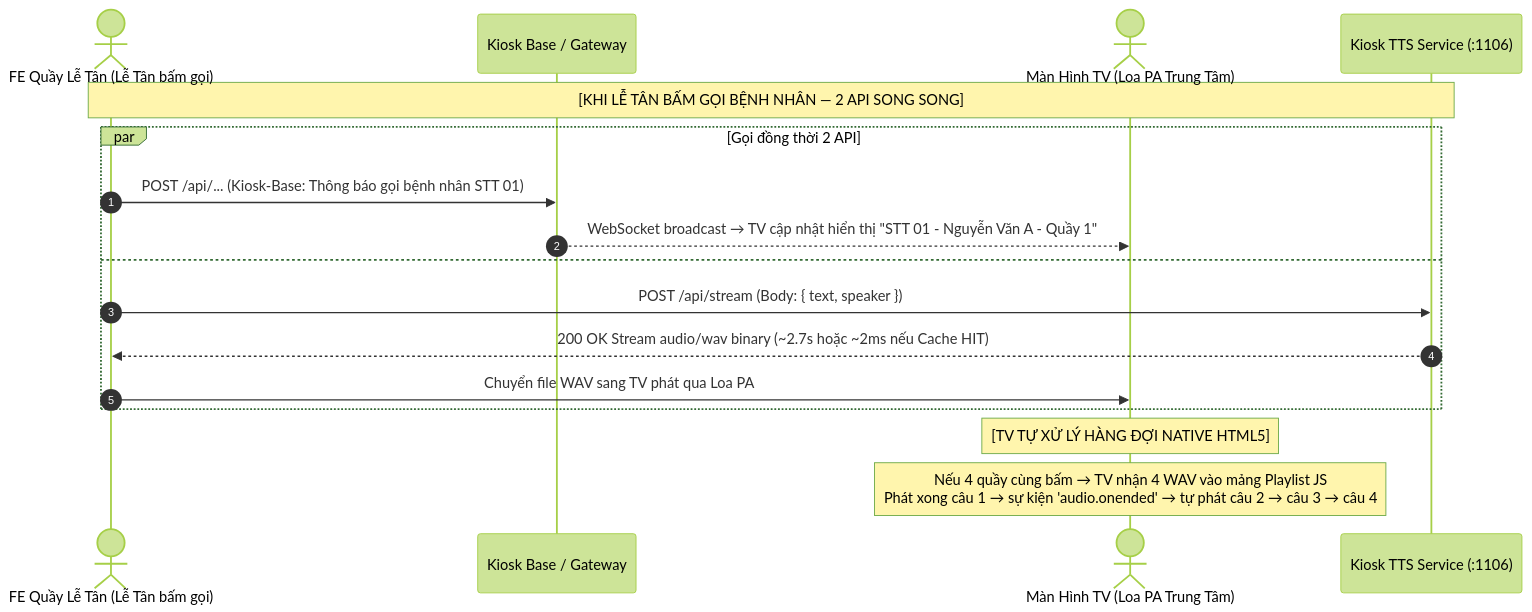
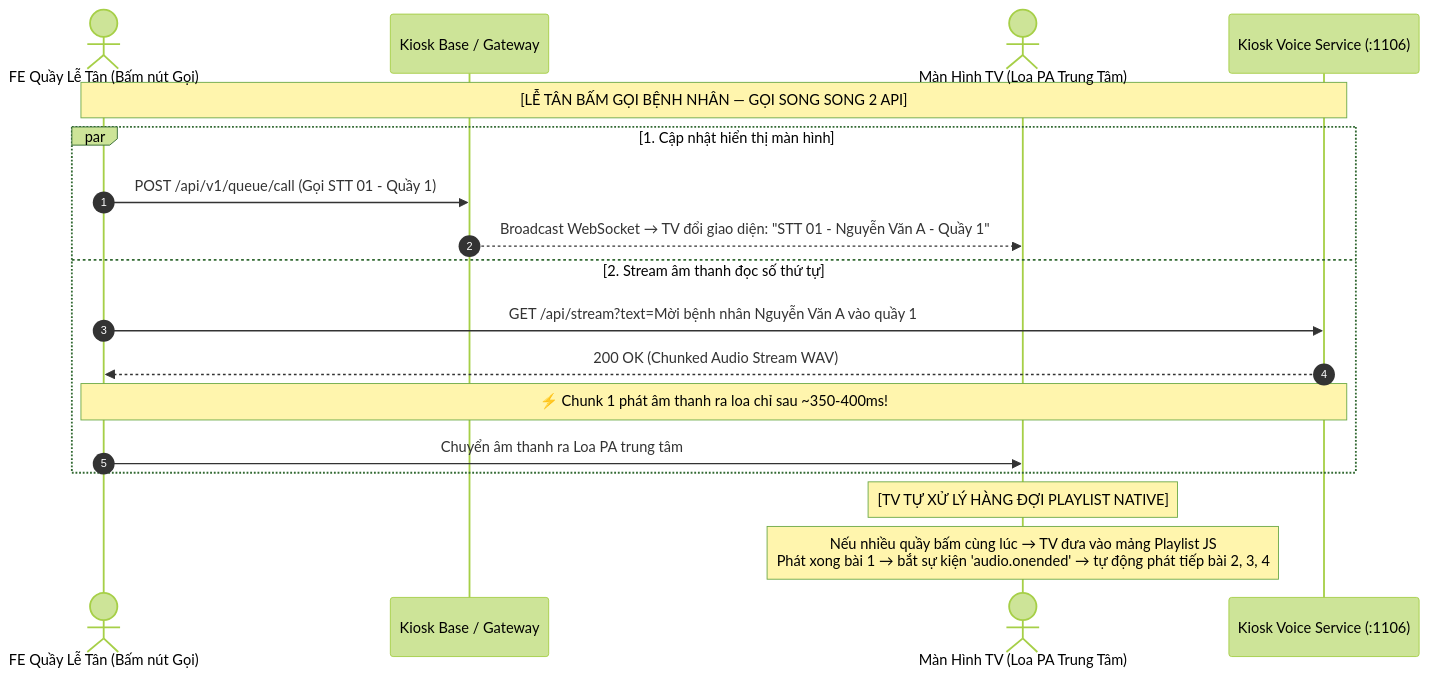
One commit to Kiosk-LVA/KIOSK-VOICE changed the diagram in README.md. Above: the diagram before and after it, drawn with Mermaid (forest theme). The commit also changed other lines of this file, not shown here.

Commit message:
docs: update README.md with clean API spec and low-latency chunk streaming flow

````diff
--- a/README.md
+++ b/README.md
@@ -9,22 +11,23 @@
 ```mermaid
 sequenceDiagram
     autonumber
-    actor LeTanFE as FE Quầy Lễ Tân (Lễ Tân bấm gọi)
+    actor LeTanFE as FE Quầy Lễ Tân (Bấm nút Gọi)
     participant Gateway as Kiosk Base / Gateway
     actor TV as Màn Hình TV (Loa PA Trung Tâm)
-    participant TTS as Kiosk TTS Service (:1106)
+    participant Voice as Kiosk Voice Service (:1106)
 
-    Note over LeTanFE,TTS: [KHI LỄ TÂN BẤM GỌI BỆNH NHÂN — 2 API SONG SONG]
+    Note over LeTanFE,Voice: [LỄ TÂN BẤM GỌI BỆNH NHÂN — GỌI SONG SONG 2 API]
 
-    par Gọi đồng thời 2 API
-        LeTanFE->>Gateway: POST /api/... (Kiosk-Base: Thông báo gọi bệnh nhân STT 01)
-        Gateway-->>TV: WebSocket broadcast → TV cập nhật hiển thị "STT 01 - Nguyễn Văn A - Quầy 1"
-    and
-        LeTanFE->>TTS: POST /api/stream (Body: { text, speaker })
-        TTS-->>LeTanFE: 200 OK Stream audio/wav binary (~2.7s hoặc ~2ms nếu Cache HIT)
-        LeTanFE->>TV: Chuyển file WAV sang TV phát qua Loa PA
+    par 1. Cập nhật hiển thị màn hình
+        LeTanFE->>Gateway: POST /api/v1/queue/call (Gọi STT 01 - Quầy 1)
+        Gateway-->>TV: Broadcast WebSocket → TV đổi giao diện: "STT 01 - Nguyễn Văn A - Quầy 1"
+    and 2. Stream âm thanh đọc số thứ tự
+        LeTanFE->>Voice: GET /api/stream?text=Mời bệnh nhân Nguyễn Văn A vào quầy 1
+        Voice-->>LeTanFE: 200 OK (Chunked Audio Stream WAV)
+        Note over Voice,LeTanFE: ⚡ Chunk 1 phát âm thanh ra loa chỉ sau ~350-400ms!
+        LeTanFE->>TV: Chuyển âm thanh ra Loa PA trung tâm
     end
 
-    Note over TV: [TV TỰ XỬ LÝ HÀNG ĐỢI NATIVE HTML5]
-    Note over TV: Nếu 4 quầy cùng bấm → TV nhận 4 WAV vào mảng Playlist JS<br/>Phát xong câu 1 → sự kiện 'audio.onended' → tự phát câu 2 → câu 3 → câu 4
+    Note over TV: [TV TỰ XỬ LÝ HÀNG ĐỢI PLAYLIST NATIVE]
+    Note over TV: Nếu nhiều quầy bấm cùng lúc → TV đưa vào mảng Playlist JS<br/>Phát xong bài 1 → bắt sự kiện 'audio.onended' → tự động phát tiếp bài 2, 3, 4
 ```
````
